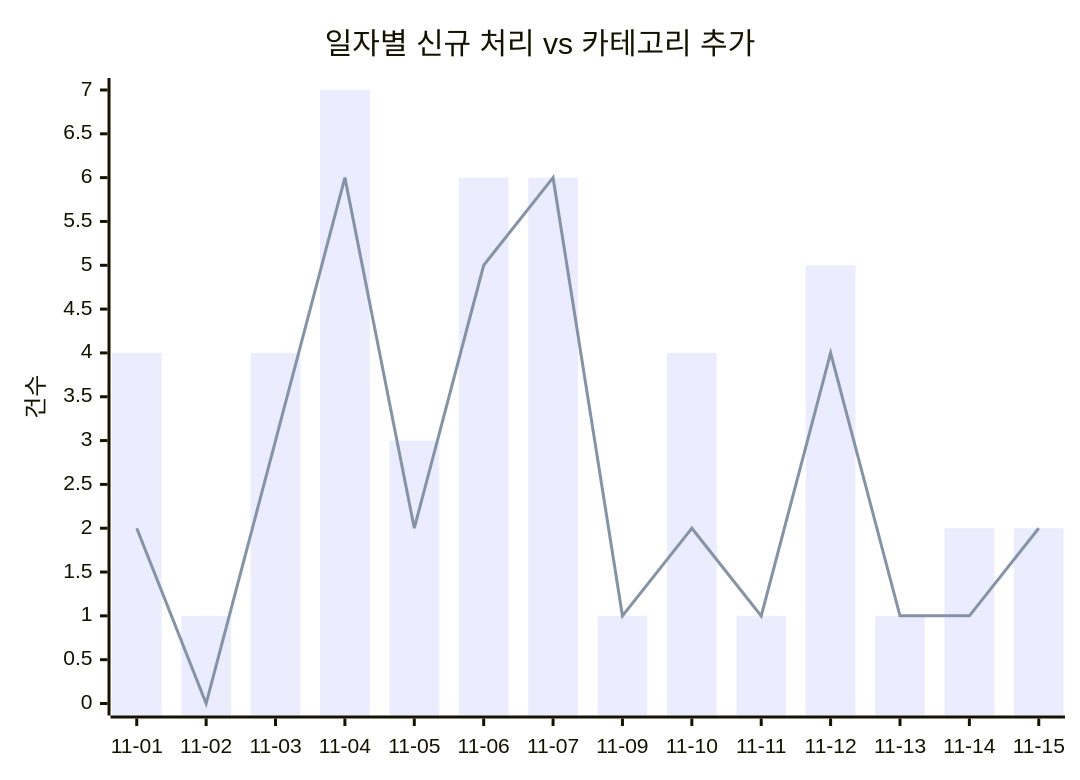
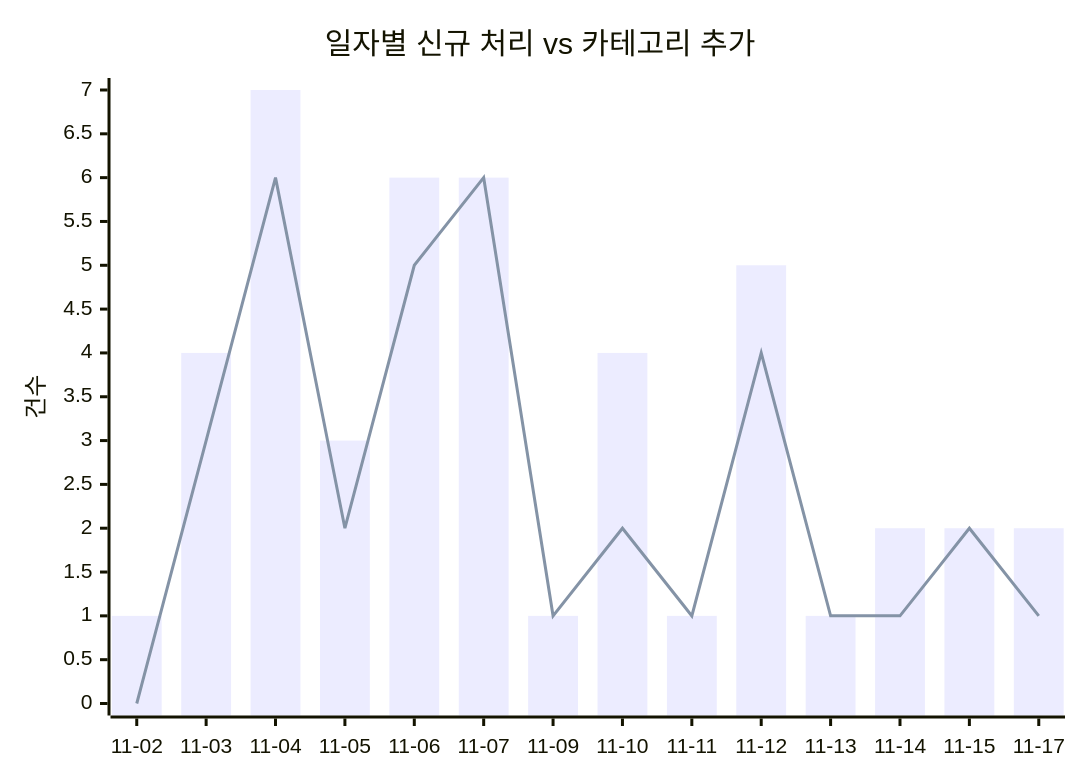
The first of 2 diagrams in docs/trends.md (J-nowcow/awesome-korean-agent-skills), drawn with Mermaid before and after one commit. The commit also changed other lines of this file and 27 other files, not shown here.

````diff
--- a/docs/trends.md
+++ b/docs/trends.md
@@ -32,8 +32,8 @@
 ```mermaid
 xychart-beta
     title "일자별 신규 처리 vs 카테고리 추가"
-    x-axis ["11-01","11-02","11-03","11-04","11-05","11-06","11-07","11-09","11-10","11-11","11-12","11-13","11-14","11-15"]
+    x-axis ["11-02","11-03","11-04","11-05","11-06","11-07","11-09","11-10","11-11","11-12","11-13","11-14","11-15","11-17"]
     y-axis "건수"
-    bar [4,1,4,7,3,6,6,1,4,1,5,1,2,2]
-    line [2,0,3,6,2,5,6,1,2,1,4,1,1,2]
+    bar [1,4,7,3,6,6,1,4,1,5,1,2,2,2]
+    line [0,3,6,2,5,6,1,2,1,4,1,1,2,1]
 ```
````
